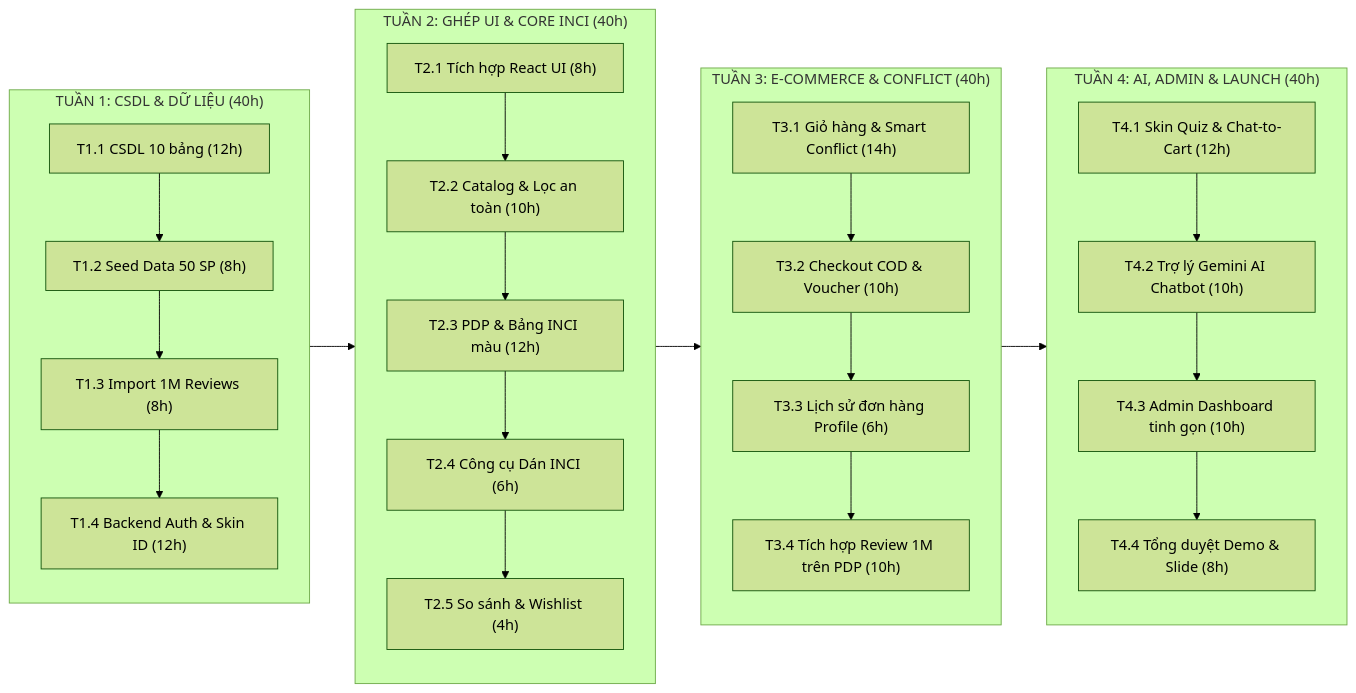
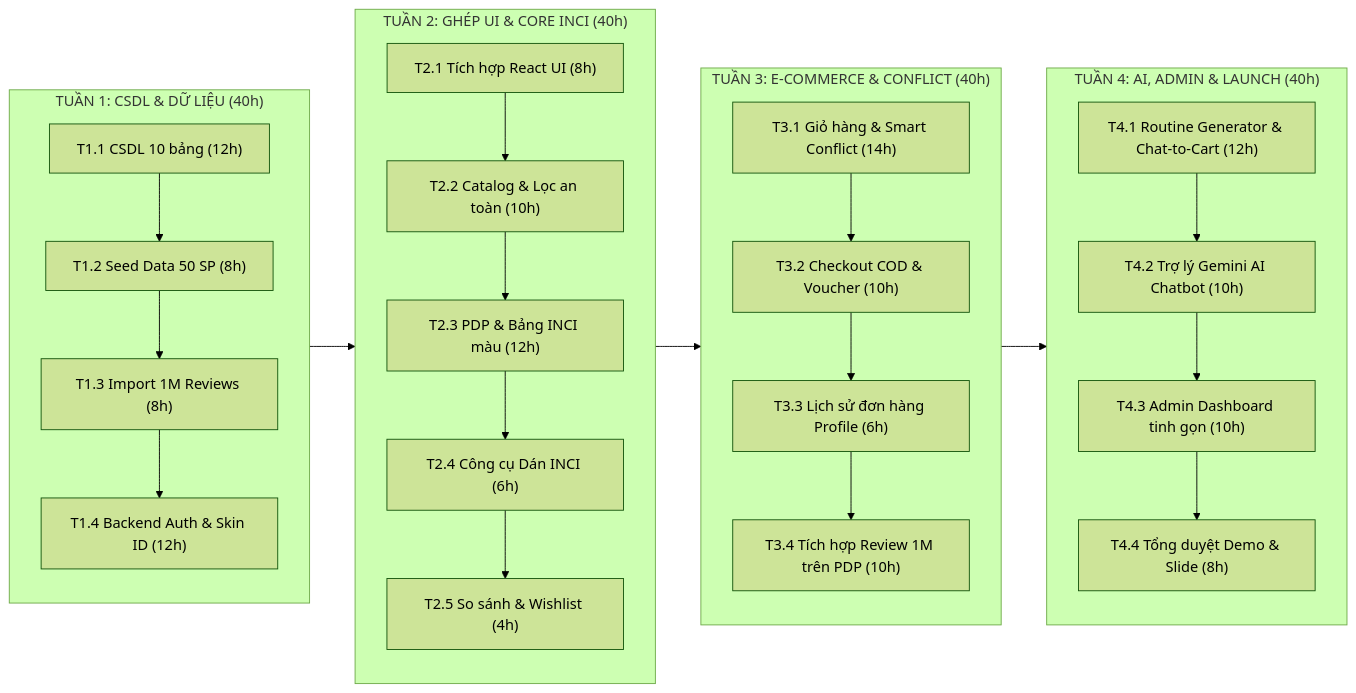
Before and after one commit to keplertuyen/beauty_ai: the diagram in docs/_plans/beauty_ai_plan_phase_1.md, drawn with Mermaid (forest theme). The commit also changed other lines of this file and 7 other files, not shown here.

Commit message:
docs(phase-1): unify Digital Skin ID and streamline MVP scope (defer Skin Quiz to Phase 2)

````diff
--- a/docs/_plans/beauty_ai_plan_phase_1.md
+++ b/docs/_plans/beauty_ai_plan_phase_1.md
@@ -44,29 +44,29 @@
 ```mermaid
 flowchart LR
     subgraph W1["TUẦN 1: CSDL & DỮ LIỆU (40h)"]
         T11["T1.1 CSDL 10 bảng (12h)"] --> T12["T1.2 Seed Data 50 SP (8h)"]
         T12 --> T13["T1.3 Import 1M Reviews (8h)"]
         T13 --> T14["T1.4 Backend Auth & Skin ID (12h)"]
     end
 
     subgraph W2["TUẦN 2: GHÉP UI & CORE INCI (40h)"]
         T21["T2.1 Tích hợp React UI (8h)"] --> T22["T2.2 Catalog & Lọc an toàn (10h)"]
         T22 --> T23["T2.3 PDP & Bảng INCI màu (12h)"]
         T23 --> T24["T2.4 Công cụ Dán INCI (6h)"]
         T24 --> T25["T2.5 So sánh & Wishlist (4h)"]
     end
 
     subgraph W3["TUẦN 3: E-COMMERCE & CONFLICT (40h)"]
         T31["T3.1 Giỏ hàng & Smart Conflict (14h)"] --> T32["T3.2 Checkout COD & Voucher (10h)"]
         T32 --> T33["T3.3 Lịch sử đơn hàng Profile (6h)"]
         T33 --> T34["T3.4 Tích hợp Review 1M trên PDP (10h)"]
     end
 
     subgraph W4["TUẦN 4: AI, ADMIN & LAUNCH (40h)"]
-        T41["T4.1 Skin Quiz & Chat-to-Cart (12h)"] --> T42["T4.2 Trợ lý Gemini AI Chatbot (10h)"]
+        T41["T4.1 Routine Generator & Chat-to-Cart (12h)"] --> T42["T4.2 Trợ lý Gemini AI Chatbot (10h)"]
         T42 --> T43["T4.3 Admin Dashboard tinh gọn (10h)"]
         T43 --> T44["T4.4 Tổng duyệt Demo & Slide (8h)"]
     end
 
     W1 --> W2 --> W3 --> W4
 ```
````
